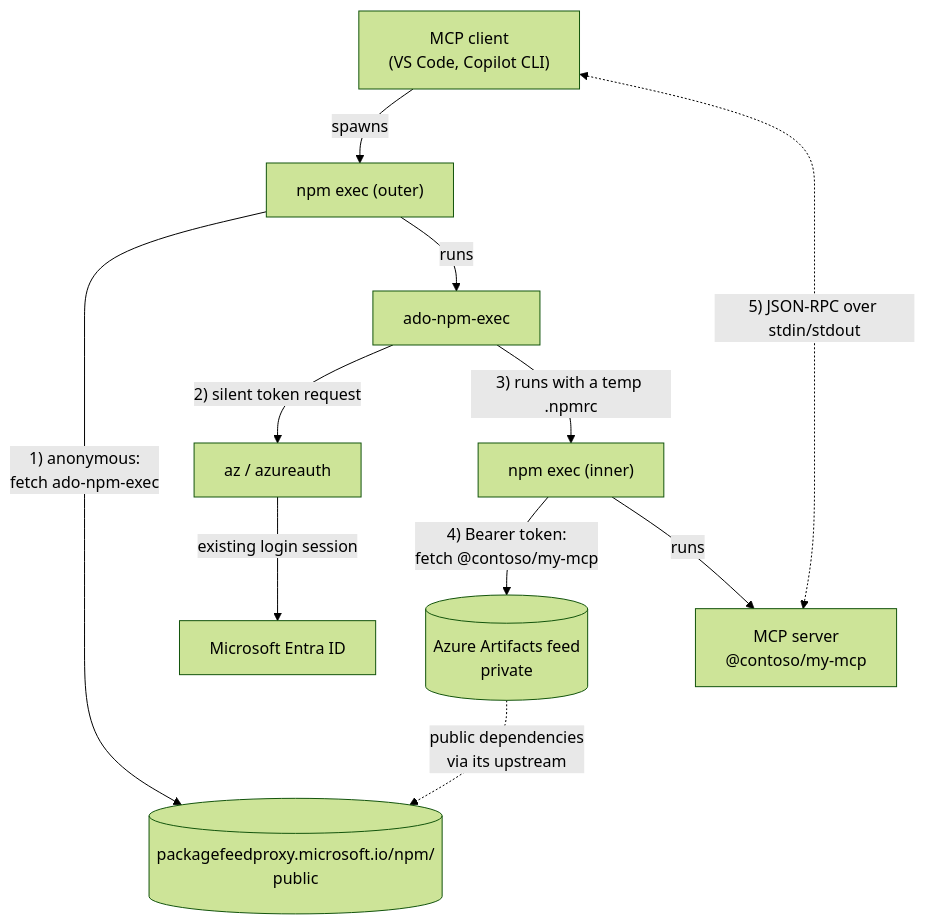
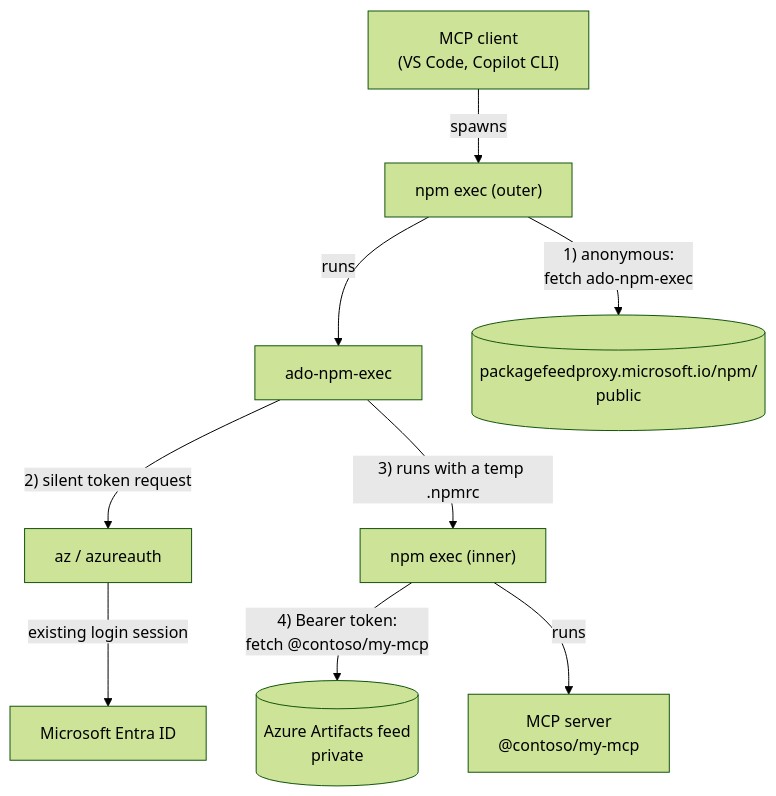
One commit to nodkz/ado-npm-exec changed the first of 2 diagrams in README.md. Above: the diagram before and after it, drawn with Mermaid (forest theme). The commit also changed other lines of this file and 2 other files, not shown here.

First line of the commit message:
Bump to 1.0.0, trim the CI matrix and simplify the diagrams

````diff
--- a/README.md
+++ b/README.md
@@ -26,23 +26,21 @@
 ```mermaid
 flowchart TB
     client["MCP client<br/>(VS Code, Copilot CLI)"]
     outer["npm exec (outer)"]
     ane["ado-npm-exec"]
     az["az / azureauth"]
     inner["npm exec (inner)"]
     server["MCP server<br/>@contoso/my-mcp"]
     npmjs[("packagefeedproxy.microsoft.io/npm/<br/>public")]
     entra["Microsoft Entra ID"]
     feed[("Azure Artifacts feed<br/>private")]
 
     client -- spawns --> outer
     outer -- "1) anonymous:<br/>fetch ado-npm-exec" --> npmjs
     outer -- runs --> ane
     ane -- "2) silent token request" --> az
     az -- "existing login session" --> entra
     ane -- "3) runs with a temp .npmrc" --> inner
     inner -- "4) Bearer token:<br/>fetch @contoso/my-mcp" --> feed
-    feed -. "public dependencies<br/>via its upstream" .-> npmjs
     inner -- runs --> server
-    client <-. "5) JSON-RPC over stdin/stdout" .-> server
 ```
````
